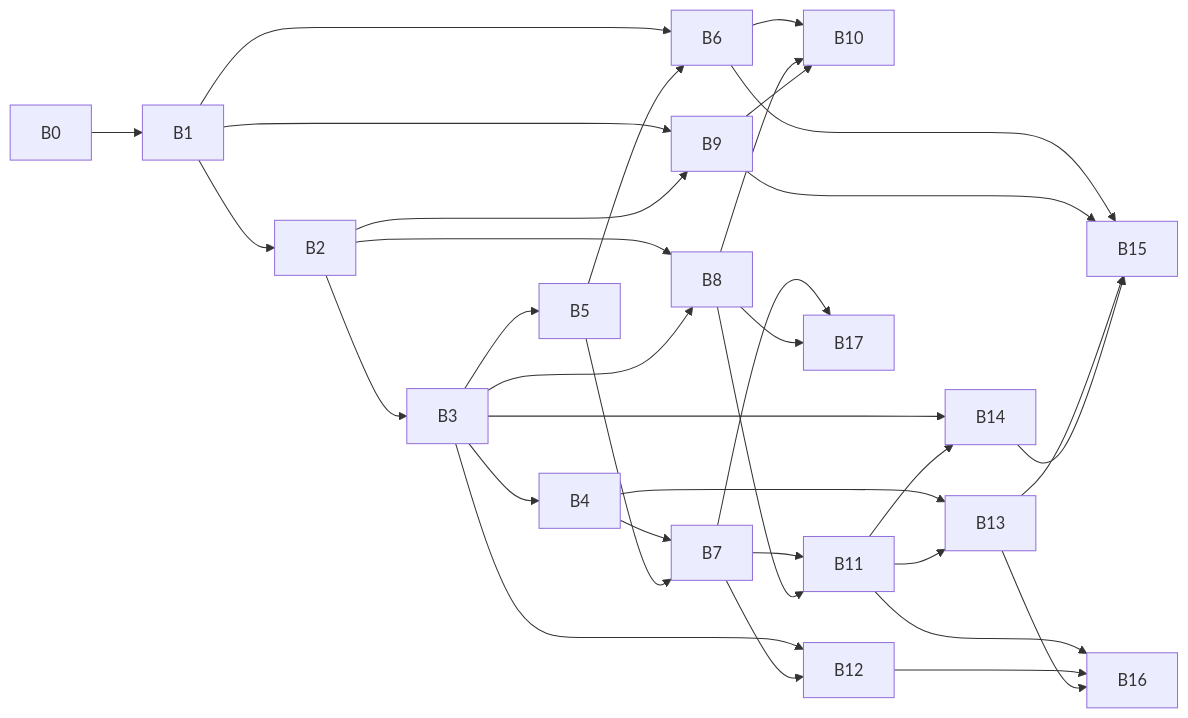
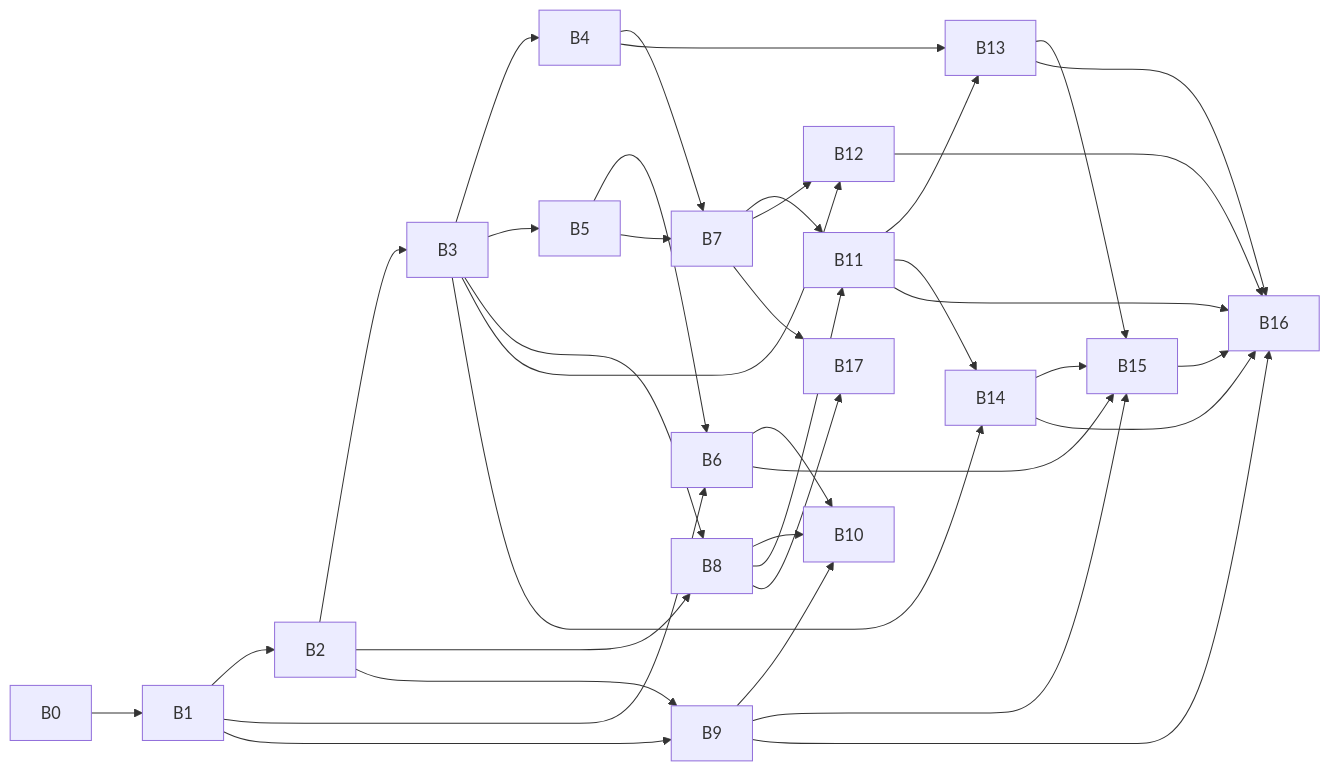
One commit to Yumeio/kernel-ops changed the diagram in ROADMAP.md. Above: the diagram before and after it, drawn with Mermaid. The commit also changed other lines of this file and 8 other files, not shown here.

````diff
--- a/ROADMAP.md
+++ b/ROADMAP.md
@@ -83,33 +83,36 @@
 ```mermaid
 flowchart LR
   B0 --> B1 --> B2 --> B3 --> B4
   B3 --> B5
   B1 --> B6
   B5 --> B6
   B4 --> B7
   B5 --> B7
   B2 --> B8
   B3 --> B8
   B1 --> B9
   B2 --> B9
   B6 --> B10
   B8 --> B10
   B9 --> B10
   B7 --> B11
   B8 --> B11
   B3 --> B12
   B7 --> B12
   B4 --> B13
   B11 --> B13
   B3 --> B14
   B11 --> B14
   B6 --> B15
   B9 --> B15
   B13 --> B15
   B14 --> B15
   B11 --> B16
   B12 --> B16
   B13 --> B16
+  B9 --> B16
+  B14 --> B16
+  B15 --> B16
   B7 --> B17
   B8 --> B17
 ```
````
